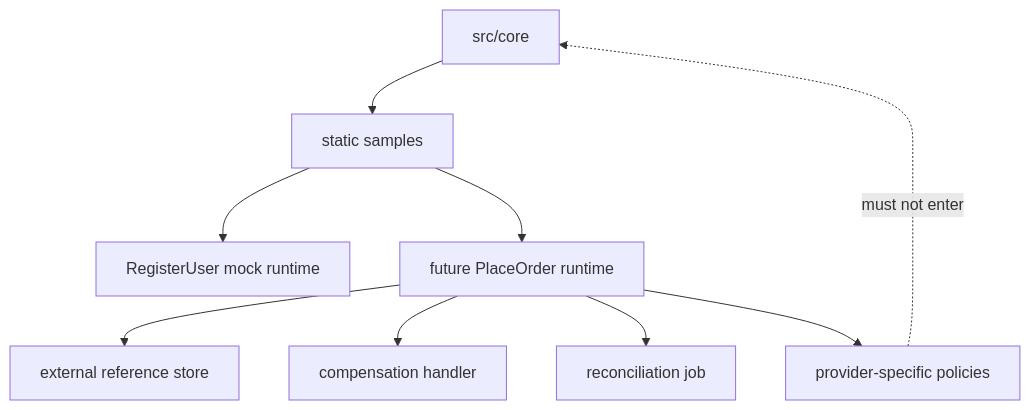
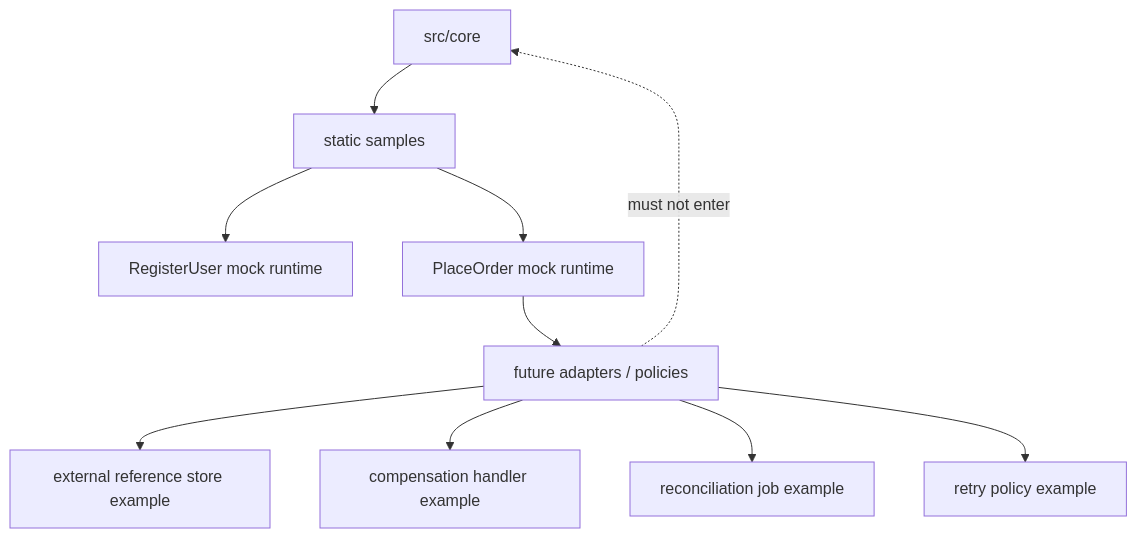
One commit to hayashikentaro/effect-junction changed the ninth of 9 diagrams in docs/11-implementation-map.md. Above: the diagram before and after it, drawn with Mermaid. The commit also changed other lines of this file, not shown here.

Commit message:
Update implementation map for current runtime state

````diff
--- a/docs/11-implementation-map.md
+++ b/docs/11-implementation-map.md
@@ -310,13 +320,14 @@
 ```mermaid
 flowchart TB
   Core[src/core] --> StaticSamples[static samples]
   StaticSamples --> RegisterRuntime[RegisterUser mock runtime]
-  StaticSamples --> FuturePlaceOrder[future PlaceOrder runtime]
+  StaticSamples --> PlaceOrderRuntime[PlaceOrder mock runtime]
 
-  FuturePlaceOrder --> ExternalRef[external reference store]
-  FuturePlaceOrder --> Compensation[compensation handler]
-  FuturePlaceOrder --> Reconciliation[reconciliation job]
-  FuturePlaceOrder --> ProviderPolicies[provider-specific policies]
+  PlaceOrderRuntime --> FutureAdapters[future adapters / policies]
+  FutureAdapters --> ExternalRef[external reference store example]
+  FutureAdapters --> Compensation[compensation handler example]
+  FutureAdapters --> Reconciliation[reconciliation job example]
+  FutureAdapters --> RetryPolicy[retry policy example]
 
-  ProviderPolicies -. must not enter .-> Core
+  FutureAdapters -. must not enter .-> Core
 ```
````
